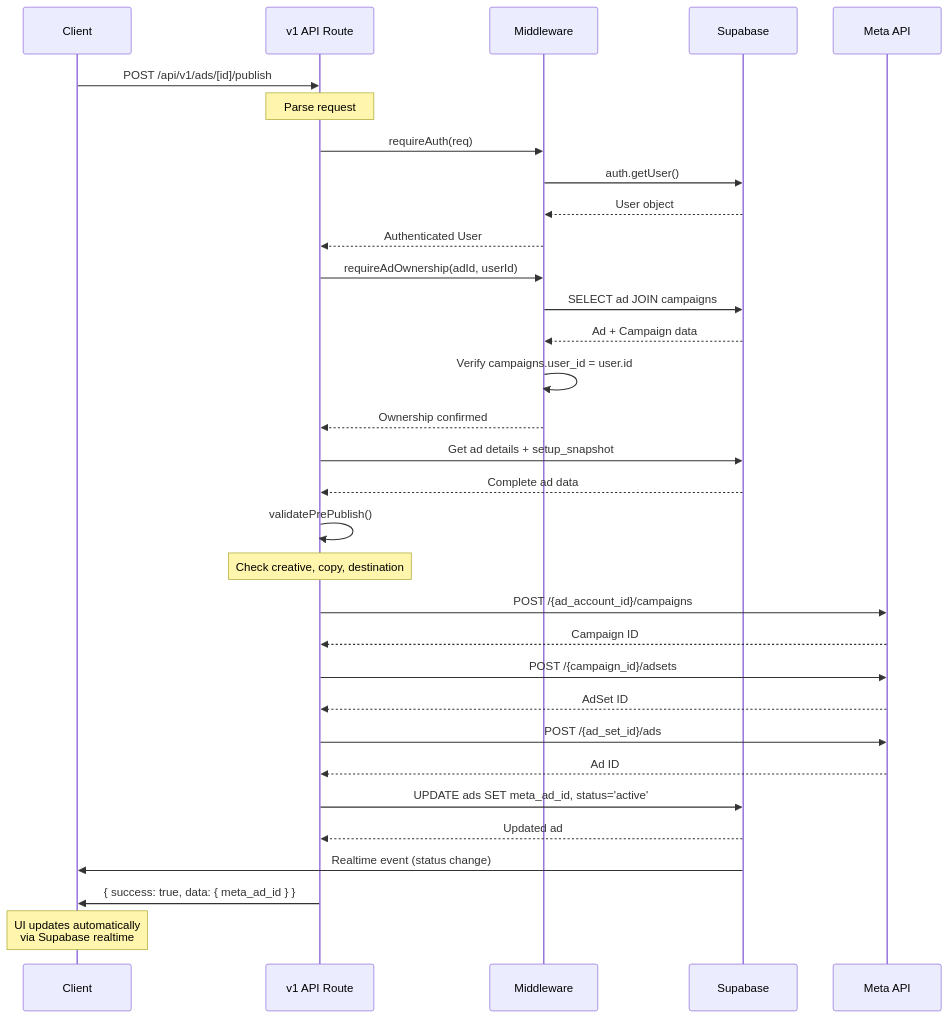
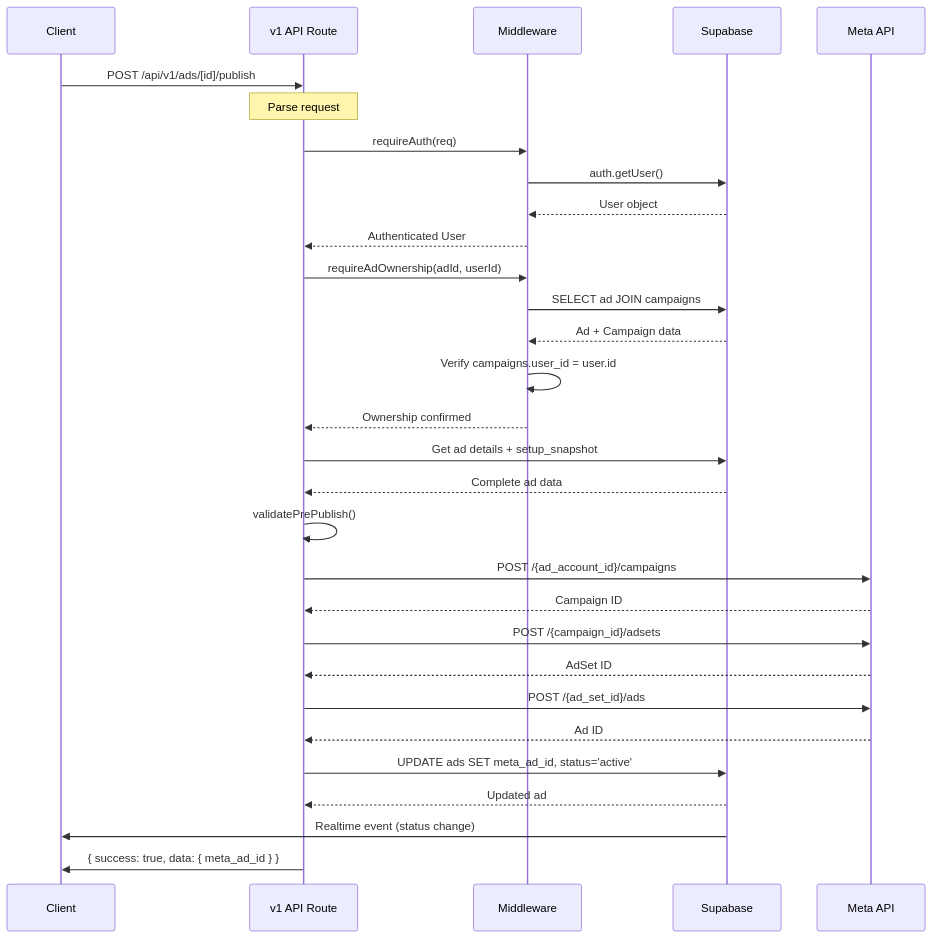
The second of 2 diagrams in .cursor/rules/MASTER_PROJECT_ARCHITECTURE.mdc (jackhunterking/AdPilot), drawn with Mermaid before and after one commit. The commit also changed other lines of this file and 140 other files, not shown here.

First line of the commit message:
feat: production-ready microservices architecture

````diff
--- a/.cursor/rules/MASTER_PROJECT_ARCHITECTURE.mdc
+++ b/.cursor/rules/MASTER_PROJECT_ARCHITECTURE.mdc
@@ -496,46 +508,43 @@
 ```mermaid
 sequenceDiagram
     participant C as Client
     participant API as v1 API Route
     participant MW as Middleware
     participant SB as Supabase
     participant Meta as Meta API
     
     C->>API: POST /api/v1/ads/[id]/publish
     Note over API: Parse request
     
     API->>MW: requireAuth(req)
     MW->>SB: auth.getUser()
     SB-->>MW: User object
     MW-->>API: Authenticated User
     
     API->>MW: requireAdOwnership(adId, userId)
     MW->>SB: SELECT ad JOIN campaigns
     SB-->>MW: Ad + Campaign data
     MW->>MW: Verify campaigns.user_id = user.id
     MW-->>API: Ownership confirmed
     
     API->>SB: Get ad details + setup_snapshot
     SB-->>API: Complete ad data
     
     API->>API: validatePrePublish()
-    Note over API: Check creative, copy, destination
     
     API->>Meta: POST /{ad_account_id}/campaigns
     Meta-->>API: Campaign ID
     
     API->>Meta: POST /{campaign_id}/adsets
     Meta-->>API: AdSet ID
     
     API->>Meta: POST /{ad_set_id}/ads
     Meta-->>API: Ad ID
     
     API->>SB: UPDATE ads SET meta_ad_id, status='active'
     SB-->>API: Updated ad
     
     SB->>C: Realtime event (status change)
     
     API->>C: { success: true, data: { meta_ad_id } }
-    
-    Note over C: UI updates automatically<br/>via Supabase realtime
 ```
````
